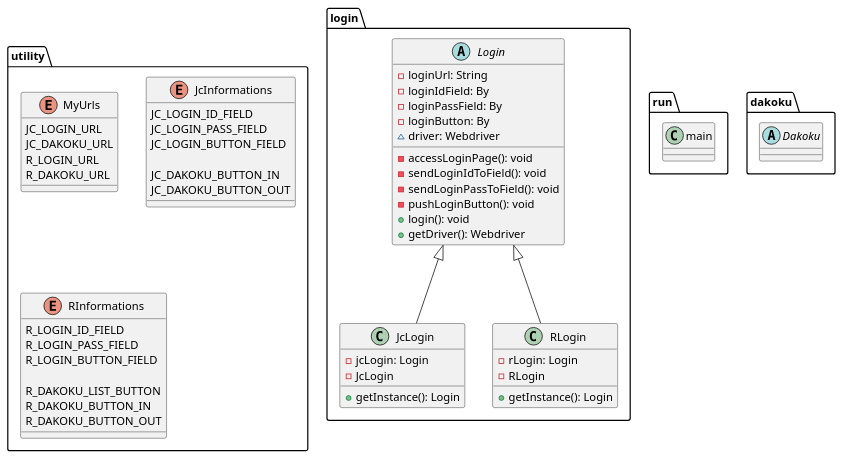
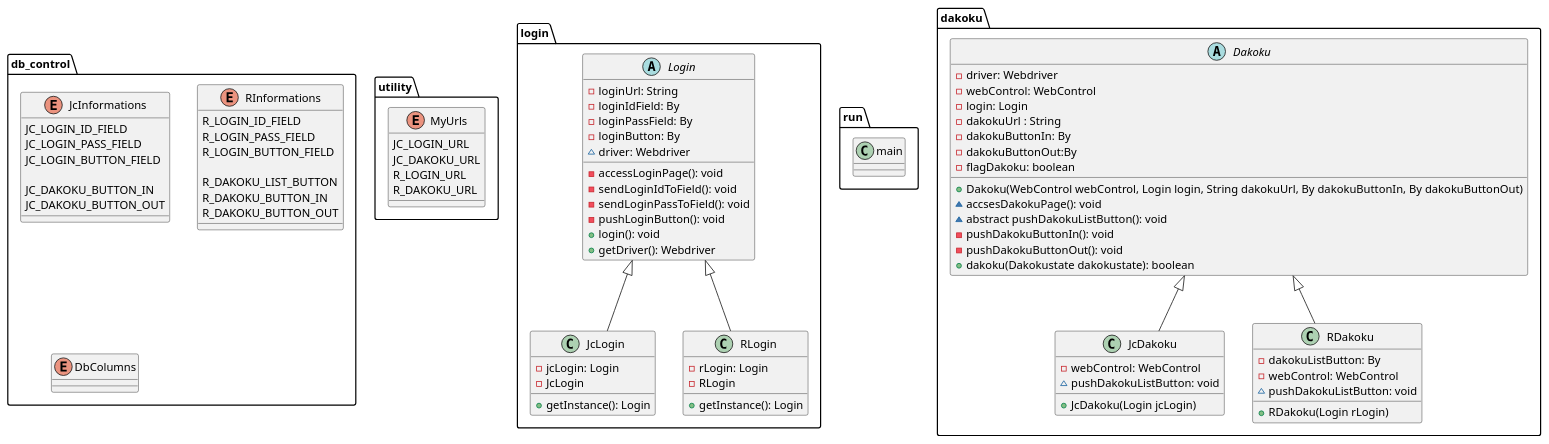
One commit to sahokk/JavaDakoku0502 changed the diagram in クラス図.pu. Above: the diagram before and after it, drawn with PlantUML.

Commit message:
クラス図途中

```diff
--- a/クラス図.pu
+++ b/クラス図.pu
@@ -1,74 +1,109 @@
 "@startuml Dakoku Class図"
 
 package utility {
     enum MyUrls {
         JC_LOGIN_URL
         JC_DAKOKU_URL
         R_LOGIN_URL
         R_DAKOKU_URL
     }
 
-    enum JcInformations {
     
-        JC_LOGIN_ID_FIELD
-        JC_LOGIN_PASS_FIELD
-        JC_LOGIN_BUTTON_FIELD
-
-        JC_DAKOKU_BUTTON_IN
-        JC_DAKOKU_BUTTON_OUT
-    
-    }
-enum RInformations {
-        R_LOGIN_ID_FIELD
-        R_LOGIN_PASS_FIELD
-        R_LOGIN_BUTTON_FIELD
-        
-        R_DAKOKU_LIST_BUTTON
-        R_DAKOKU_BUTTON_IN
-        R_DAKOKU_BUTTON_OUT
-    }
 }
 package login {
     abstract class Login {
         - loginUrl: String
         - loginIdField: By
         - loginPassField: By
         - loginButton: By
         ~ driver: Webdriver
 
         - accessLoginPage(): void
         - sendLoginIdToField(): void
         - sendLoginPassToField(): void
         - pushLoginButton(): void 
         + login(): void
         + getDriver(): Webdriver
     }
 
     class JcLogin extends Login {
         - jcLogin: Login
         - JcLogin
         + getInstance(): Login
     }
 
     class RLogin extends Login {
         - rLogin: Login
         - RLogin
         + getInstance(): Login
     }
 }
 
 package run {
     class main {
 
     }
 }
 
 package dakoku {
     abstract class Dakoku {
+        - driver: Webdriver
+        - webControl: WebControl
+        - login: Login
+        - dakokuUrl : String
+        - dakokuButtonIn: By
+        - dakokuButtonOut:By
+        - flagDakoku: boolean
+
+        + Dakoku(WebControl webControl, Login login, String dakokuUrl, By dakokuButtonIn, By dakokuButtonOut)
+        ~ accsesDakokuPage(): void
+        ~ abstract pushDakokuListButton(): void
+        - pushDakokuButtonIn(): void
+        - pushDakokuButtonOut(): void
+        + dakoku(Dakokustate dakokustate): boolean
+    } 
+
+    class JcDakoku extends Dakoku {
+        - webControl: WebControl
+        + JcDakoku(Login jcLogin)
+        ~ pushDakokuListButton: void
+    }
+
+    class RDakoku extends Dakoku {
+        - dakokuListButton: By
+        - webControl: WebControl
+        + RDakoku(Login rLogin)
+        ~ pushDakokuListButton: void
+    }
+}
+
+package db_control {
+    enum JcInformations {
+    
+        JC_LOGIN_ID_FIELD
+        JC_LOGIN_PASS_FIELD
+        JC_LOGIN_BUTTON_FIELD
+
+        JC_DAKOKU_BUTTON_IN
+        JC_DAKOKU_BUTTON_OUT
+    
+    }
+
+    enum RInformations {
+        R_LOGIN_ID_FIELD
+        R_LOGIN_PASS_FIELD
+        R_LOGIN_BUTTON_FIELD
+        
+        R_DAKOKU_LIST_BUTTON
+        R_DAKOKU_BUTTON_IN
+        R_DAKOKU_BUTTON_OUT
+    }
+
+    enum DbColumns {
         
     }
 }
 
 
 
 @enduml
```
